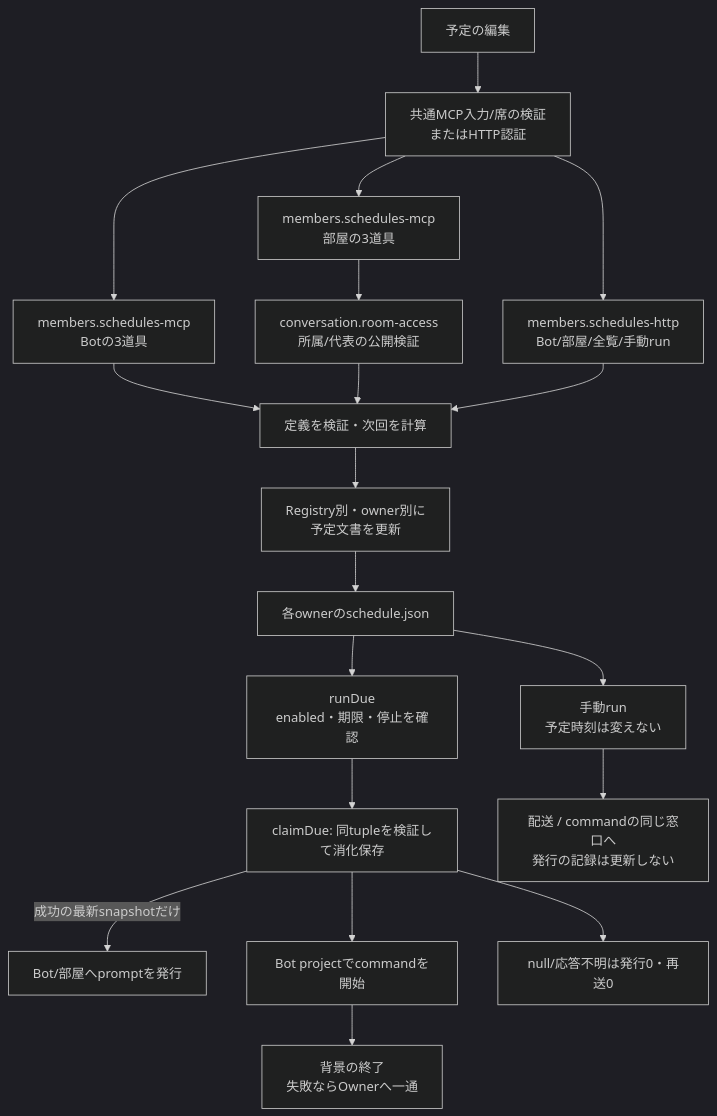
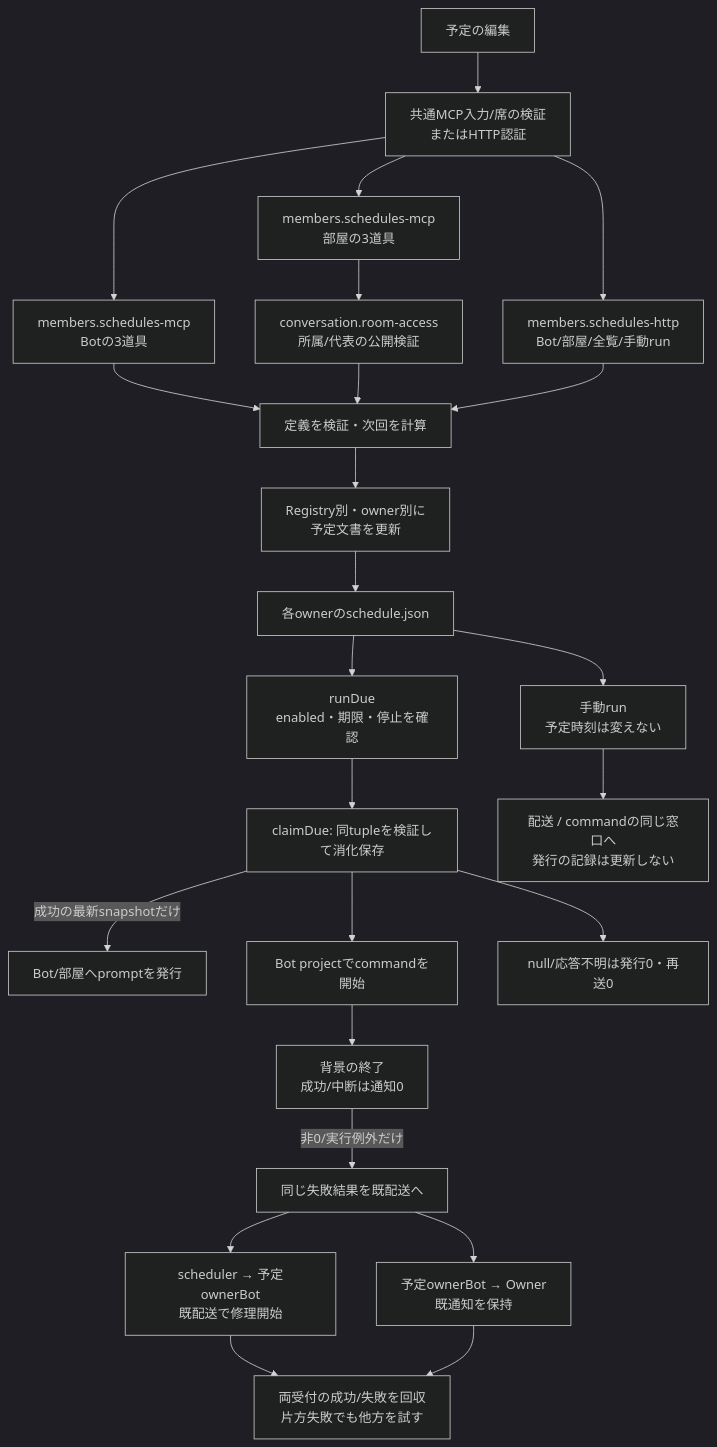
The first of 4 diagrams in docs/architecture/modules/members/schedules.md (kitepon/BellTeam), drawn with Mermaid (dark theme) before and after one commit. The commit also changed other lines of this file and 4 other files, not shown here.

Commit message:
fix(schedules): deliver command failures to the owning bot

````diff
--- a/docs/architecture/modules/members/schedules.md
+++ b/docs/architecture/modules/members/schedules.md
@@ -7,21 +7,26 @@
 ```mermaid
 flowchart TD
   Input["予定の編集"] --> Entry["共通MCP入力/席の検証<br/>またはHTTP認証"]
   Entry --> BotMcp["members.schedules-mcp<br/>Botの3道具"]
   Entry --> RoomMcp["members.schedules-mcp<br/>部屋の3道具"]
   RoomMcp --> Access["conversation.room-access<br/>所属/代表の公開検証"]
   Entry --> Http["members.schedules-http<br/>Bot/部屋/全覧/手動run"]
   BotMcp --> Normalize["定義を検証・次回を計算"]
   Access --> Normalize
   Http --> Normalize
   Normalize --> Mutate["Registry別・owner別に<br/>予定文書を更新"]
   Mutate --> File["各ownerのschedule.json"]
   File --> Due["runDue<br/>enabled・期限・停止を確認"]
   Due --> Claim["claimDue: 同tupleを検証して消化保存"]
   Claim -->|"成功の最新snapshotだけ"| Prompt["Bot/部屋へpromptを発行"]
   Claim --> Command["Bot projectでcommandを開始"]
   Claim --> NoGrant["null/応答不明は発行0・再送0"]
-  Command --> Finish["背景の終了<br/>失敗ならOwnerへ一通"]
+  Command --> Finish["背景の終了<br/>成功/中断は通知0"]
+  Finish -->|"非0/実行例外だけ"| Failure["同じ失敗結果を既配送へ"]
+  Failure --> OwnerBot["scheduler → 予定ownerBot<br/>既配送で修理開始"]
+  Failure --> Owner["予定ownerBot → Owner<br/>既通知を保持"]
+  OwnerBot --> Delivery["両受付の成功/失敗を回収<br/>片方失敗でも他方を試す"]
+  Owner --> Delivery
   File --> Manual["手動run<br/>予定時刻は変えない"]
   Manual --> ManualRun["配送 / commandの同じ窓口へ<br/>発行の記録は更新しない"]
 ```
````
